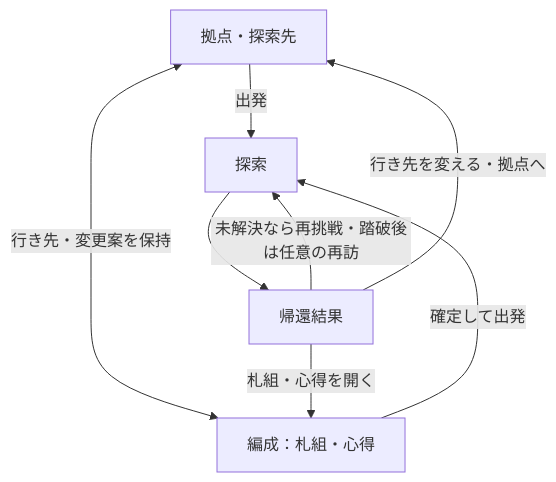
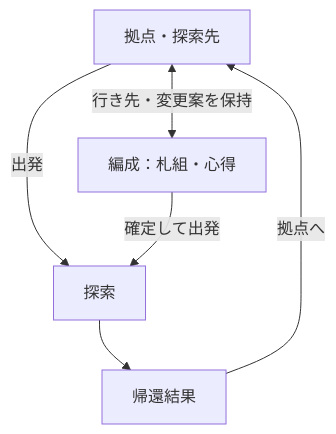
The diagram in docs/検証/UI/readability/全画面構成.md (eckolo/crossweave), drawn with Mermaid before and after one commit. The commit also changed other lines of this file and 19 other files, not shown here.

````diff
--- a/docs/検証/UI/readability/全画面構成.md
+++ b/docs/検証/UI/readability/全画面構成.md
@@ -28,10 +28,8 @@
 ```mermaid
 flowchart TD
     H["拠点・探索先"] -->|"出発"| E["探索"]
     H <-->|"行き先・変更案を保持"| P["編成：札組・心得"]
     P -->|"確定して出発"| E
     E --> R["帰還結果"]
-    R -->|"未解決なら再挑戦・踏破後は任意の再訪"| E
-    R -->|"札組・心得を開く"| P
-    R -->|"行き先を変える・拠点へ"| H
+    R -->|"拠点へ"| H
 ```
````
